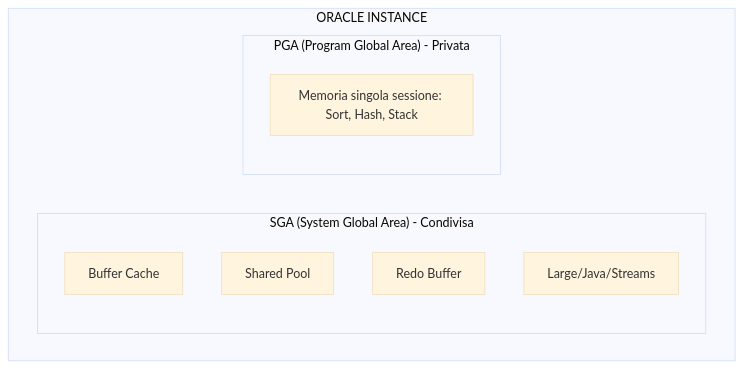
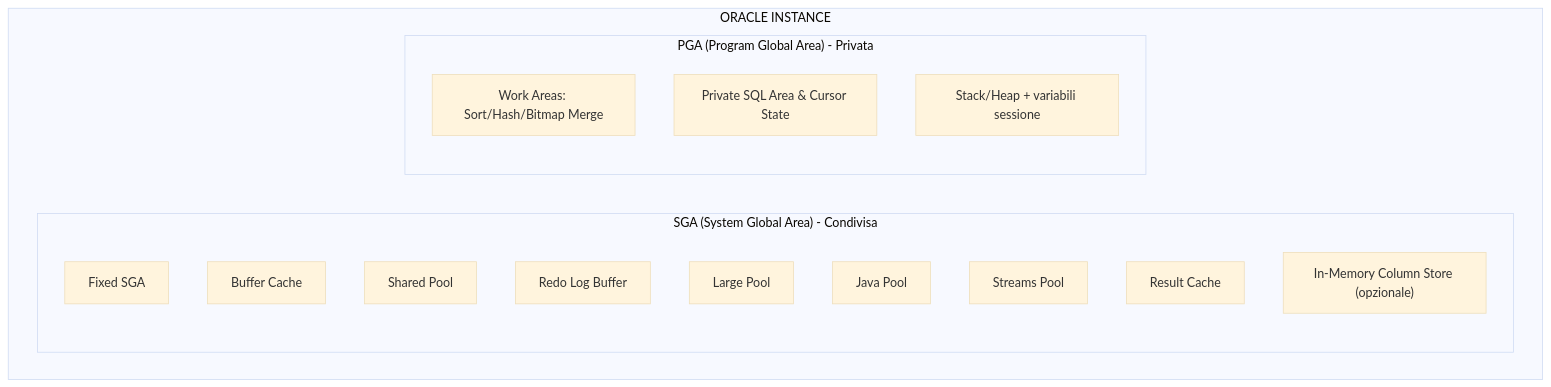
One commit to Mohamed-DN/dba_oracle_lab changed the third of 14 diagrams in docs/00_fondamenti/GUIDA_ARCHITETTURA_ORACLE.md. Above: the diagram before and after it, drawn with Mermaid (base theme). The commit also changed other lines of this file, not shown here.

First line of the commit message:
docs: expand SGA/PGA components in architecture guide

````diff
--- a/docs/00_fondamenti/GUIDA_ARCHITETTURA_ORACLE.md
+++ b/docs/00_fondamenti/GUIDA_ARCHITETTURA_ORACLE.md
@@ -159,14 +159,21 @@
 ```mermaid
 graph TB
     subgraph ORACLE_INSTANCE["ORACLE INSTANCE"]
-        subgraph SGA["SGA (System Global Area) - Condivisa"]
-            BC[Buffer Cache]
-            SP[Shared Pool]
-            RB[Redo Buffer]
-            LP["Large/Java/Streams"]
-        end
-        subgraph PGA["PGA (Program Global Area) - Privata"]
-            MEM["Memoria singola sessione: Sort, Hash, Stack"]
-        end
+    subgraph SGA["SGA (System Global Area) - Condivisa"]
+        FSGA["Fixed SGA"]
+        BC[Buffer Cache]
+        SP[Shared Pool]
+        RLB[Redo Log Buffer]
+        LP["Large Pool"]
+        JP["Java Pool"]
+        STP["Streams Pool"]
+        RC["Result Cache"]
+        IMC["In-Memory Column Store (opzionale)"]
+    end
+    subgraph PGA["PGA (Program Global Area) - Privata"]
+        MEM["Work Areas: Sort/Hash/Bitmap Merge"]
+        PSA["Private SQL Area & Cursor State"]
+        STK["Stack/Heap + variabili sessione"]
+    end
     end
 ```
````
